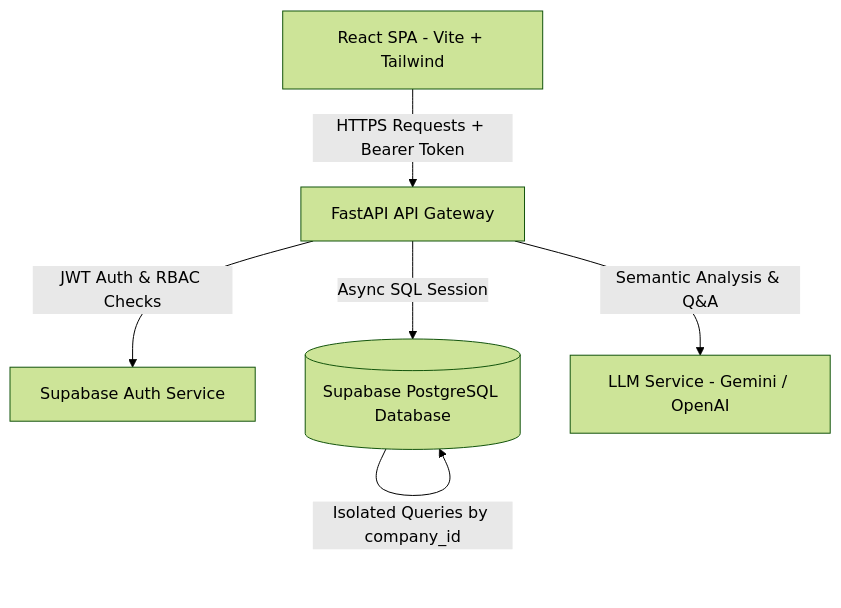
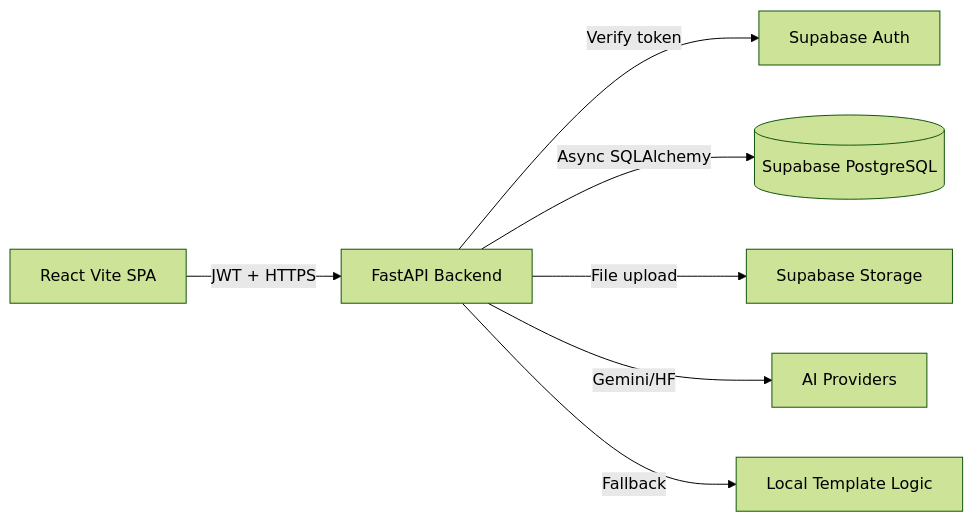
The diagram in README.md (pranavvenu12/ai-hiring-os), drawn with Mermaid (forest theme) before and after one commit. The commit also changed other lines of this file and 12 other files, not shown here.

````diff
--- a/README.md
+++ b/README.md
@@ -56,8 +26,9 @@
 ```mermaid
-graph TD
-    Client[React SPA - Vite + Tailwind] -->|HTTPS Requests + Bearer Token| Gateway[FastAPI API Gateway]
-    Gateway -->|JWT Auth & RBAC Checks| SupabaseAuth[Supabase Auth Service]
-    Gateway -->|Async SQL Session| DB[(Supabase PostgreSQL Database)]
-    Gateway -->|Semantic Analysis & Q&A| AI[LLM Service - Gemini / OpenAI]
-    DB -->|Isolated Queries by company_id| DB
+graph LR
+    SPA[React Vite SPA] -->|JWT + HTTPS| API[FastAPI Backend]
+    API -->|Verify token| SupabaseAuth[Supabase Auth]
+    API -->|Async SQLAlchemy| DB[(Supabase PostgreSQL)]
+    API -->|File upload| Storage[Supabase Storage]
+    API -->|Gemini/HF| AI[AI Providers]
+    API -->|Fallback| Templates[Local Template Logic]
 ```
````
